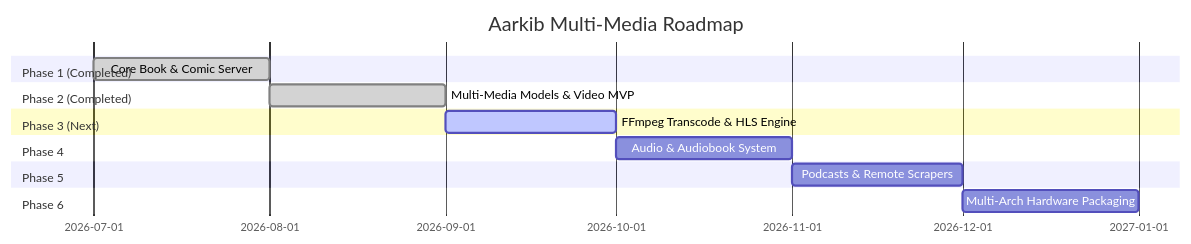
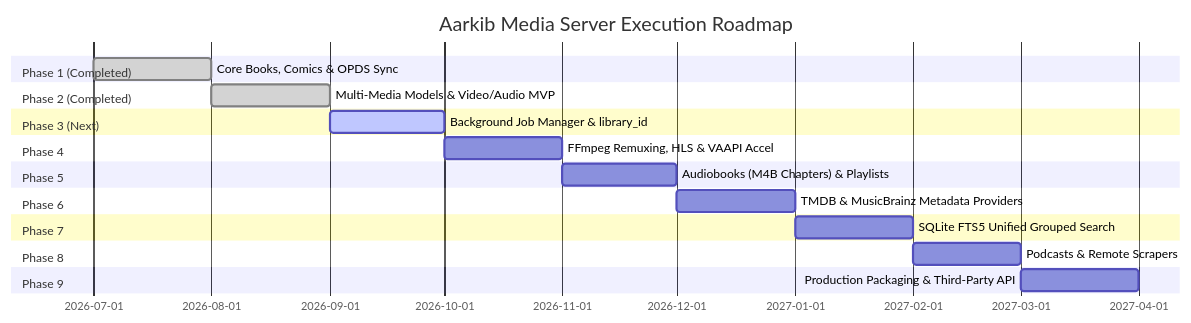
Before and after one commit to syfq91/aarkib: the sixth of 6 diagrams in media_server_execution_plan.md, drawn with Mermaid. The commit also changed other lines of this file and 3 other files, not shown here.

First line of the commit message:
docs: update execution plan and architecture from media server evaluation

````diff
--- a/media_server_execution_plan.md
+++ b/media_server_execution_plan.md
@@ -326,17 +438,23 @@
 ```mermaid
 gantt
-    title Aarkib Multi-Media Roadmap
+    title Aarkib Media Server Execution Roadmap
     dateFormat  YYYY-MM
     section Phase 1 (Completed)
-    Core Book & Comic Server      :done, p1, 2026-07, 2026-08
+    Core Books, Comics & OPDS Sync       :done, p1, 2026-07, 2026-08
     section Phase 2 (Completed)
-    Multi-Media Models & Video MVP:done, p2, 2026-08, 2026-09
+    Multi-Media Models & Video/Audio MVP :done, p2, 2026-08, 2026-09
     section Phase 3 (Next)
-    FFmpeg Transcode & HLS Engine :active, p3, 2026-09, 2026-10
+    Background Job Manager & library_id  :active, p3, 2026-09, 2026-10
     section Phase 4
-    Audio & Audiobook System       :p4, 2026-10, 2026-11
+    FFmpeg Remuxing, HLS & VAAPI Accel   :p4, 2026-10, 2026-11
     section Phase 5
-    Podcasts & Remote Scrapers     :p5, 2026-11, 2026-12
+    Audiobooks (M4B Chapters) & Playlists:p5, 2026-11, 2026-12
     section Phase 6
-    Multi-Arch Hardware Packaging  :p6, 2026-12, 2027-01
+    TMDB & MusicBrainz Metadata Providers:p6, 2026-12, 2027-01
+    section Phase 7
+    SQLite FTS5 Unified Grouped Search   :p7, 2027-01, 2027-02
+    section Phase 8
+    Podcasts & Remote Scrapers           :p8, 2027-02, 2027-03
+    section Phase 9
+    Production Packaging & Third-Party API:p9, 2027-03, 2027-04
 ```
````
